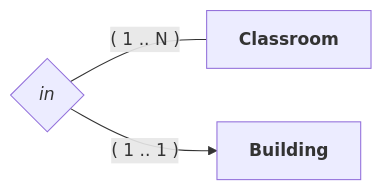
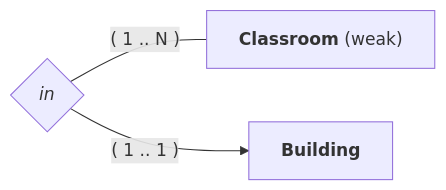
One commit to angelromarco04/MyNotes changed the tenth of 13 diagrams in Programming/Databases/data/Theory/RModel.md. Above: the diagram before and after it, drawn with Mermaid. The commit also changed other lines of this file, not shown here.

````diff
--- a/Programming/Databases/data/Theory/RModel.md
+++ b/Programming/Databases/data/Theory/RModel.md
@@ -227,9 +227,9 @@
 ```mermaid
 flowchart LR
 	id2 -- ( 1 .. N ) --- id1
 	id2 -- ( 1 .. 1 ) --> id3
 
-	id1["`**Classroom**`"]
+	id1["`**Classroom** (weak)`"]
 	id2{"`*in*`"}
 	id3["`**Building**`"]
 ```
````
